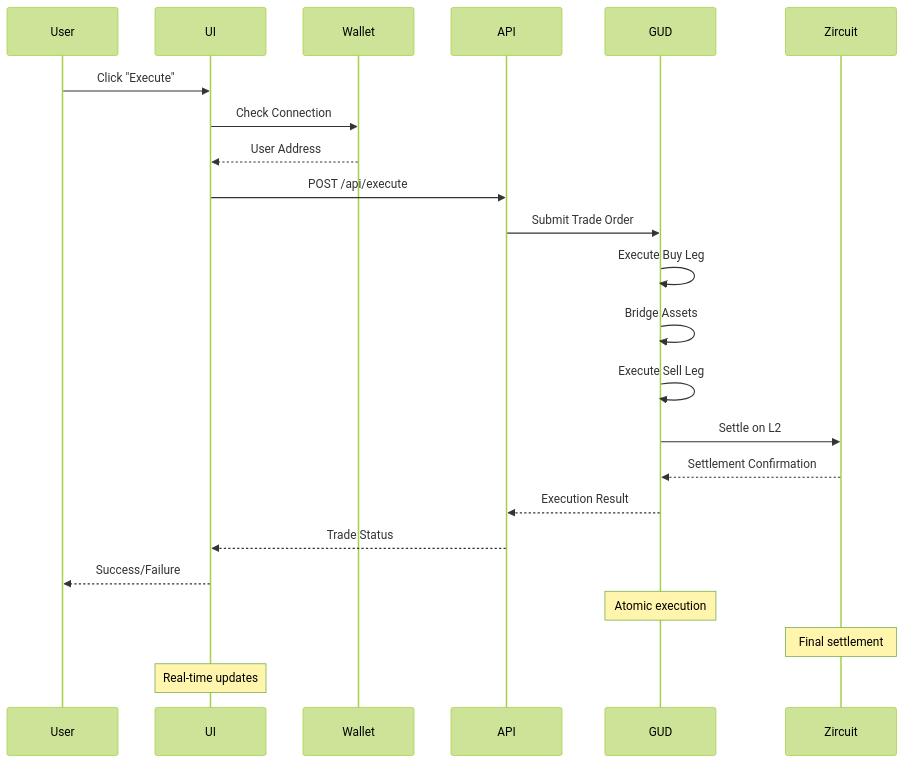
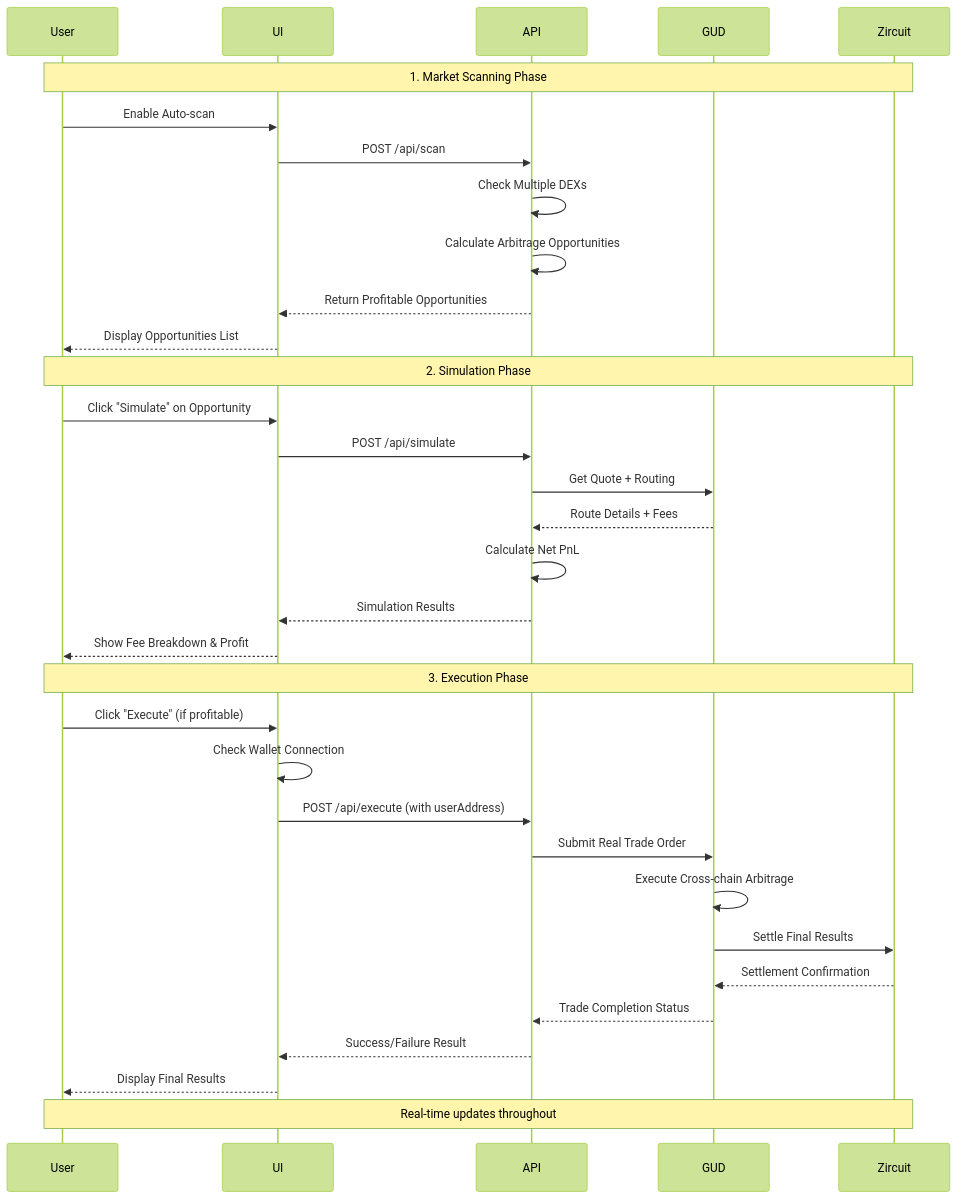
The second of 4 diagrams in FLOW-DIAGRAM.md (DHB94/ArbiZirQ), drawn with Mermaid (forest theme) before and after one commit. The commit also changed other lines of this file and 1 other file, not shown here.

````diff
--- a/FLOW-DIAGRAM.md
+++ b/FLOW-DIAGRAM.md
@@ -121,27 +70,39 @@
 ```mermaid
 sequenceDiagram
     participant User
     participant UI
-    participant Wallet
     participant API
     participant GUD
     participant Zircuit
     
-    User->>UI: Click "Execute"
-    UI->>Wallet: Check Connection
-    Wallet-->>UI: User Address
-    UI->>API: POST /api/execute
-    API->>GUD: Submit Trade Order
-    GUD->>GUD: Execute Buy Leg
-    GUD->>GUD: Bridge Assets
-    GUD->>GUD: Execute Sell Leg
-    GUD->>Zircuit: Settle on L2
+    Note over User,Zircuit: 1. Market Scanning Phase
+    User->>UI: Enable Auto-scan
+    UI->>API: POST /api/scan
+    API->>API: Check Multiple DEXs
+    API->>API: Calculate Arbitrage Opportunities
+    API-->>UI: Return Profitable Opportunities
+    UI-->>User: Display Opportunities List
+    
+    Note over User,Zircuit: 2. Simulation Phase
+    User->>UI: Click "Simulate" on Opportunity
+    UI->>API: POST /api/simulate
+    API->>GUD: Get Quote + Routing
+    GUD-->>API: Route Details + Fees
+    API->>API: Calculate Net PnL
+    API-->>UI: Simulation Results
+    UI-->>User: Show Fee Breakdown & Profit
+    
+    Note over User,Zircuit: 3. Execution Phase
+    User->>UI: Click "Execute" (if profitable)
+    UI->>UI: Check Wallet Connection
+    UI->>API: POST /api/execute (with userAddress)
+    API->>GUD: Submit Real Trade Order
+    GUD->>GUD: Execute Cross-chain Arbitrage
+    GUD->>Zircuit: Settle Final Results
     Zircuit-->>GUD: Settlement Confirmation
-    GUD-->>API: Execution Result
-    API-->>UI: Trade Status
-    UI-->>User: Success/Failure
+    GUD-->>API: Trade Completion Status
+    API-->>UI: Success/Failure Result
+    UI-->>User: Display Final Results
     
-    Note over GUD: Atomic execution
-    Note over Zircuit: Final settlement
-    Note over UI: Real-time updates
+    Note over User,Zircuit: Real-time updates throughout
 ```
````
